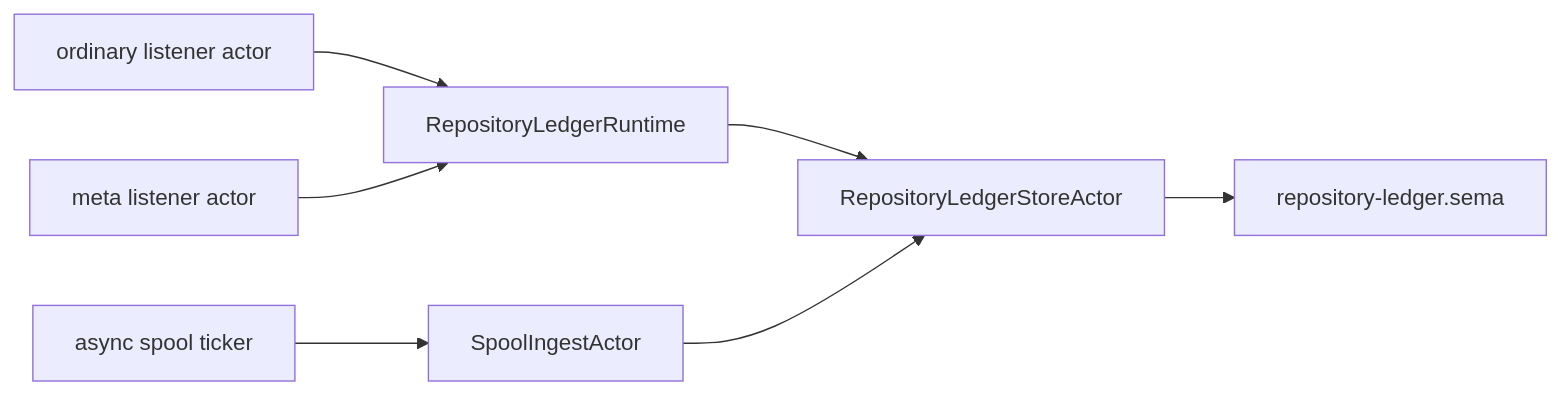
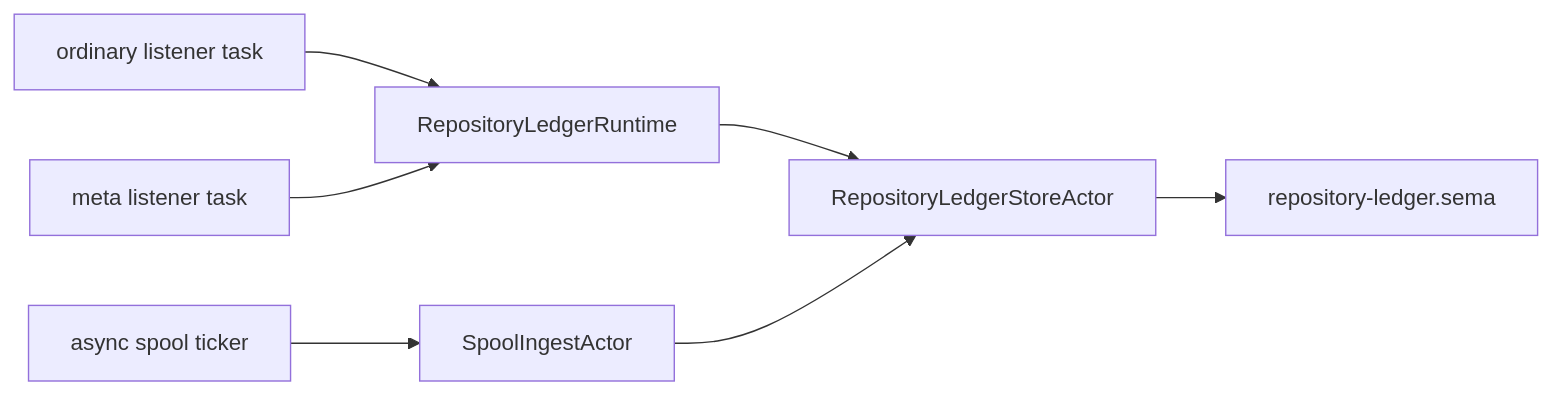
One commit to LiGoldragon/repository-ledger changed the second of 2 diagrams in ARCHITECTURE.md. Above: the diagram before and after it, drawn with Mermaid. The commit also changed other lines of this file and 4 other files, not shown here.

````diff
--- a/ARCHITECTURE.md
+++ b/ARCHITECTURE.md
@@ -100,17 +100,17 @@
 ```mermaid
 flowchart LR
-    ordinary["ordinary listener actor"]
-    meta["meta listener actor"]
+    ordinary["ordinary listener task"]
+    meta["meta listener task"]
     runtime["RepositoryLedgerRuntime"]
     store["RepositoryLedgerStoreActor"]
     spool["SpoolIngestActor"]
     ticker["async spool ticker"]
     sema["repository-ledger.sema"]
 
     ordinary --> runtime
     meta --> runtime
     runtime --> store
     ticker --> spool
     spool --> store
     store --> sema
 ```
````
